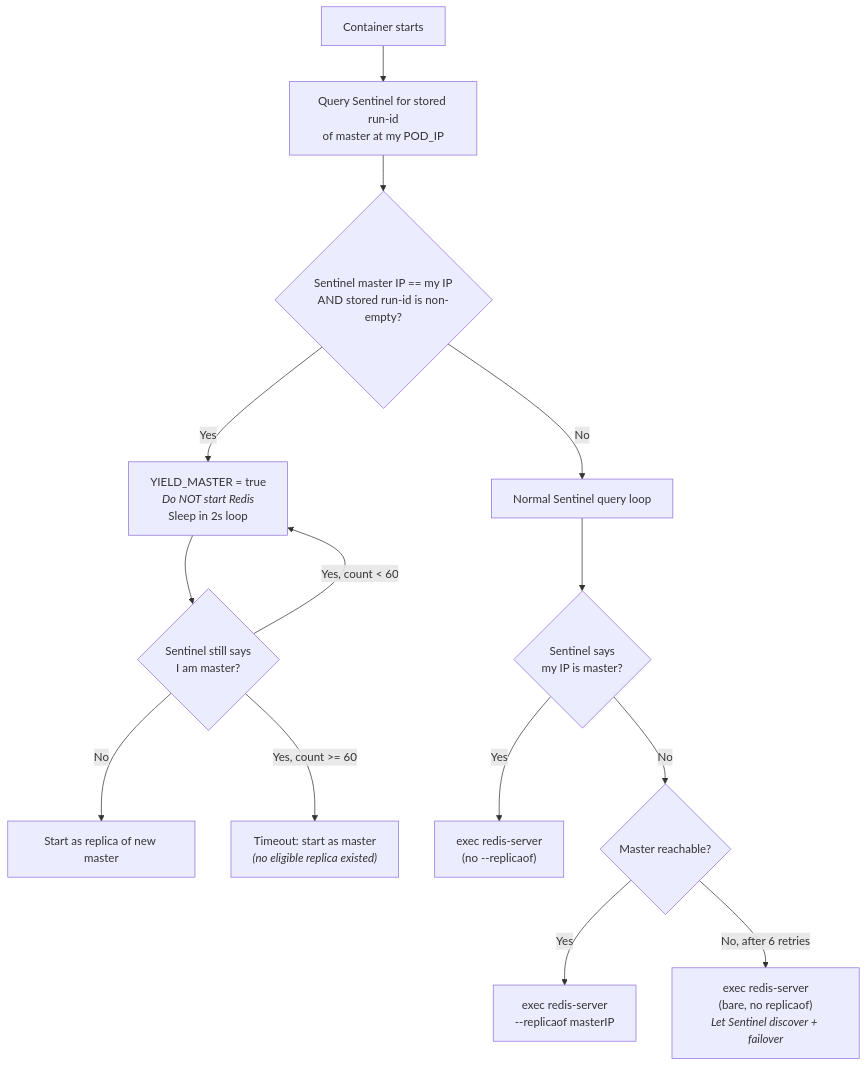
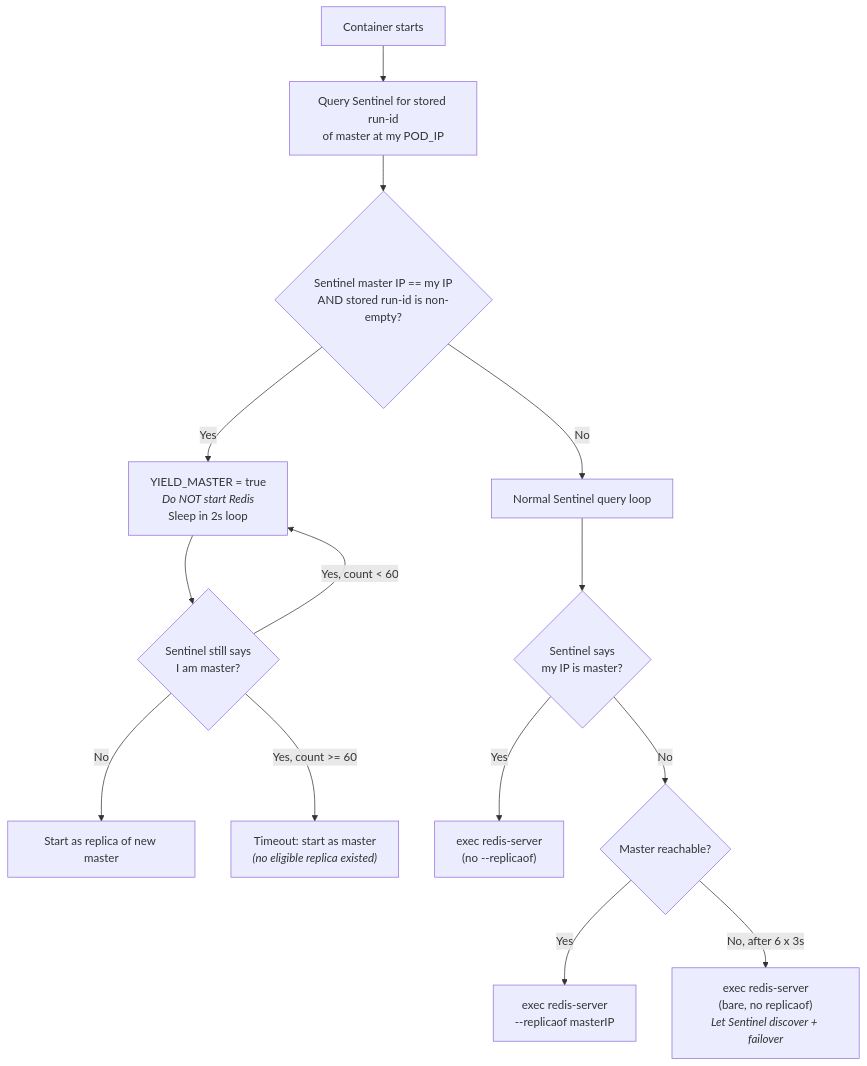
Before and after one commit to littlered-operator/littlered: the third of 3 diagrams in docs/RECONCILIATION_LOOP_SENTINEL.md, drawn with Mermaid. The commit also changed other lines of this file and 1 other file, not shown here.

First line of the commit message:
docs: refresh the sentinel reconciliation loop, and correct pillar 3.8

````diff
--- a/docs/RECONCILIATION_LOOP_SENTINEL.md
+++ b/docs/RECONCILIATION_LOOP_SENTINEL.md
@@ -181,19 +251,19 @@
 ```mermaid
 graph TD
     Start["Container starts"] --> QuerySentinel["Query Sentinel for stored run-id<br/>of master at my POD_IP"]
     QuerySentinel --> CrashCheck{"Sentinel master IP == my IP<br/>AND stored run-id is non-empty?"}
 
     CrashCheck -- Yes --> Yield["YIELD_MASTER = true<br/><i>Do NOT start Redis</i><br/>Sleep in 2s loop"]
     CrashCheck -- No --> NormalBoot["Normal Sentinel query loop"]
 
     Yield --> YieldLoop{"Sentinel still says<br/>I am master?"}
     YieldLoop -- Yes, count < 60 --> Yield
     YieldLoop -- No --> JoinAsReplica["Start as replica of new master"]
     YieldLoop -- Yes, count >= 60 --> Timeout["Timeout: start as master<br/><i>(no eligible replica existed)</i>"]
 
     NormalBoot --> AmIMaster{"Sentinel says<br/>my IP is master?"}
     AmIMaster -- Yes --> StartMaster["exec redis-server<br/>(no --replicaof)"]
     AmIMaster -- No --> PingMaster{"Master reachable?"}
     PingMaster -- Yes --> StartReplica["exec redis-server<br/>--replicaof masterIP"]
-    PingMaster -- No, after 6 retries --> StartBare["exec redis-server<br/>(bare, no replicaof)<br/><i>Let Sentinel discover + failover</i>"]
+    PingMaster -- No, after 6 x 3s --> StartBare["exec redis-server<br/>(bare, no replicaof)<br/><i>Let Sentinel discover + failover</i>"]
 ```
````
